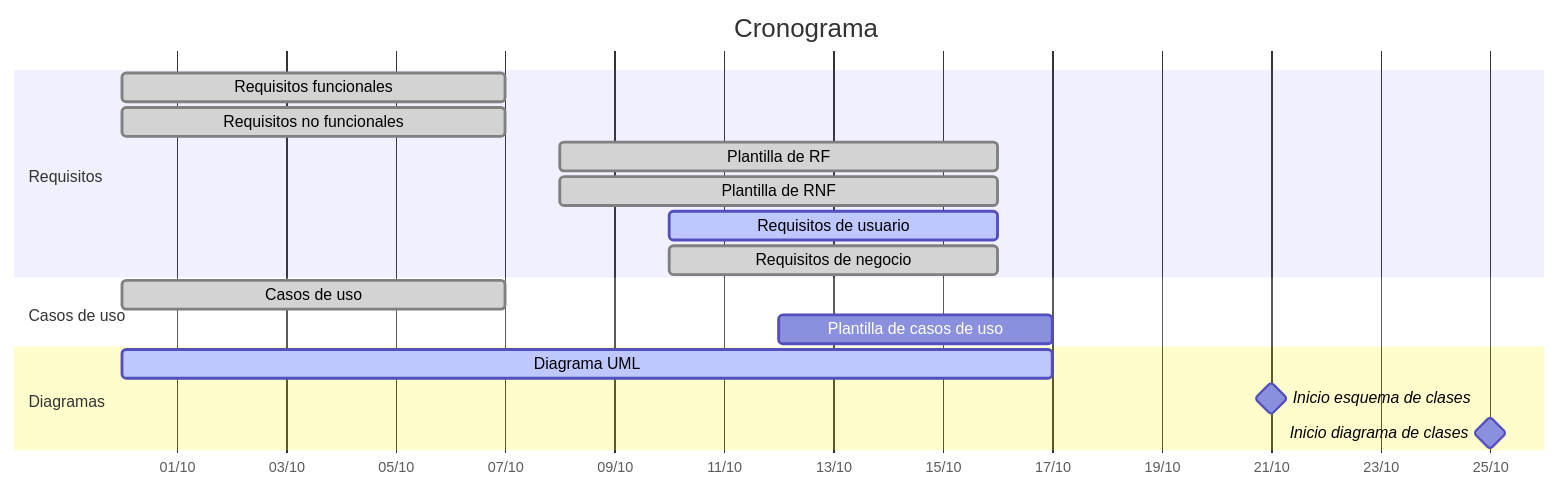
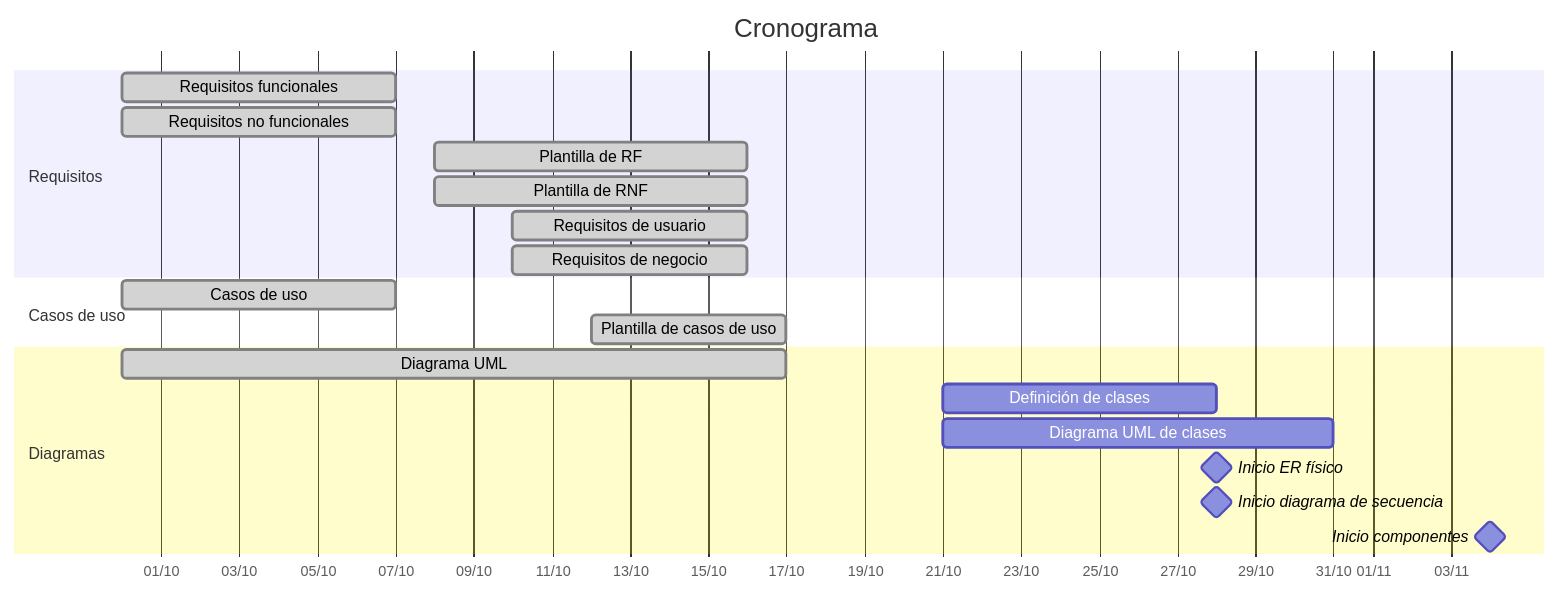
The diagram in Planificacion/Planificación.md (EVerjanoPerez/Grupo-Al-khwarizmi), drawn with Mermaid before and after one commit. The commit also changed other lines of this file, not shown here.

````diff
--- a/Planificacion/Planificación.md
+++ b/Planificacion/Planificación.md
@@ -50,20 +56,23 @@
 ```mermaid
 gantt
     title Cronograma
     dateFormat YYYY-MM-DD
     axisFormat %d/%m
     section Requisitos
     Requisitos funcionales           :done, rf, 2026-09-30, 2026-10-07
     Requisitos no funcionales        :done, rnf, 2026-09-30, 2026-10-07
     Plantilla de RF                  :done, prf, 2026-10-08, 2026-10-16
     Plantilla de RNF                 :done, prnf, 2026-10-08, 2026-10-16
-    Requisitos de usuario            :active, ru, 2026-10-10, 2026-10-16
+    Requisitos de usuario            :done, ru, 2026-10-10, 2026-10-16
     Requisitos de negocio            :done, rn, 2026-10-10, 2026-10-16
     section Casos de uso
     Casos de uso                     :done, cu, 2026-09-30, 2026-10-07
-    Plantilla de casos de uso        :pcu, 2026-10-12, 2026-10-17
+    Plantilla de casos de uso        :done, pcu, 2026-10-12, 2026-10-17
     section Diagramas
-    Diagrama UML                     :active, uml, 2026-09-30, 2026-10-17
-    Inicio esquema de clases         :milestone, ec, 2026-10-21, 0d
-    Inicio diagrama de clases        :milestone, dc, 2026-10-25, 0d
+    Diagrama UML                     :done, uml, 2026-09-30, 2026-10-17
+    Definición de clases             :dcl, 2026-10-21, 2026-10-28
+    Diagrama UML de clases           :uc, 2026-10-21, 2026-10-31
+    Inicio ER físico                 :milestone, er, 2026-10-28, 0d
+    Inicio diagrama de secuencia     :milestone, ds, 2026-10-28, 0d
+    Inicio componentes               :milestone, co, 2026-11-04, 0d
 ```
````
